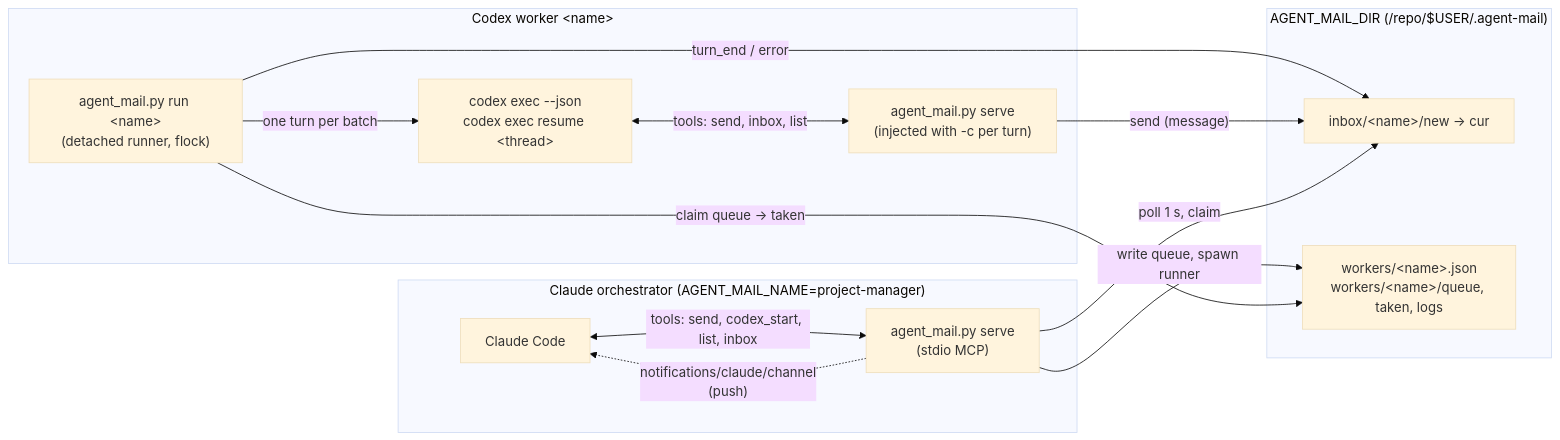
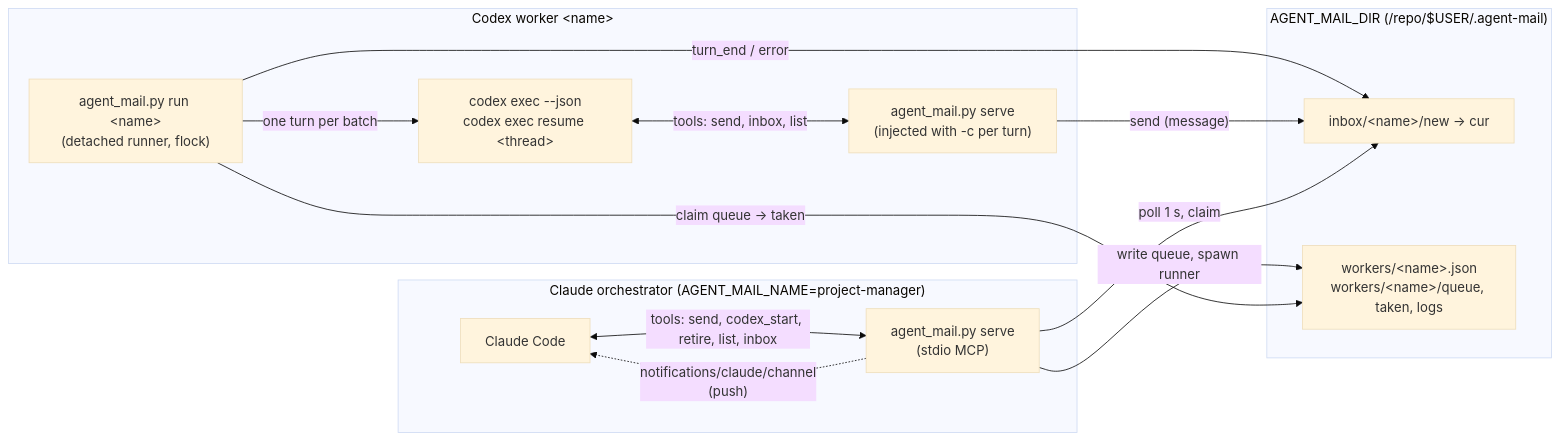
Before and after one commit to Berkay2002/claude-config: the first of 3 diagrams in agent-mail/ARCHITECTURE.md, drawn with Mermaid (base theme). The commit also changed other lines of this file and 5 other files, not shown here.

Commit message:
agent-mail: retire tool for finished Codex workers; install.ps1 copies the Codex rules

````diff
--- a/agent-mail/ARCHITECTURE.md
+++ b/agent-mail/ARCHITECTURE.md
@@ -12,28 +12,28 @@
 ```mermaid
 flowchart LR
     subgraph Claude["Claude orchestrator (AGENT_MAIL_NAME=project-manager)"]
         C[Claude Code]
         S1["agent_mail.py serve<br/>(stdio MCP)"]
-        C <-->|"tools: send, codex_start, list, inbox"| S1
+        C <-->|"tools: send, codex_start, retire, list, inbox"| S1
         S1 -.->|"notifications/claude/channel<br/>(push)"| C
     end
 
     subgraph Mail["AGENT_MAIL_DIR (/repo/$USER/.agent-mail)"]
         IB["inbox/&lt;name&gt;/new → cur"]
         WR["workers/&lt;name&gt;.json<br/>workers/&lt;name&gt;/queue, taken, logs"]
     end
 
     subgraph Worker["Codex worker &lt;name&gt;"]
         R["agent_mail.py run &lt;name&gt;<br/>(detached runner, flock)"]
         X["codex exec --json<br/>codex exec resume &lt;thread&gt;"]
         S2["agent_mail.py serve<br/>(injected with -c per turn)"]
         R -->|"one turn per batch"| X
         X <-->|"tools: send, inbox, list"| S2
     end
 
     S1 -->|"write queue, spawn runner"| WR
     R -->|"claim queue → taken"| WR
     R -->|"turn_end / error"| IB
     S2 -->|"send (message)"| IB
     S1 -->|"poll 1 s, claim"| IB
 ```
````
